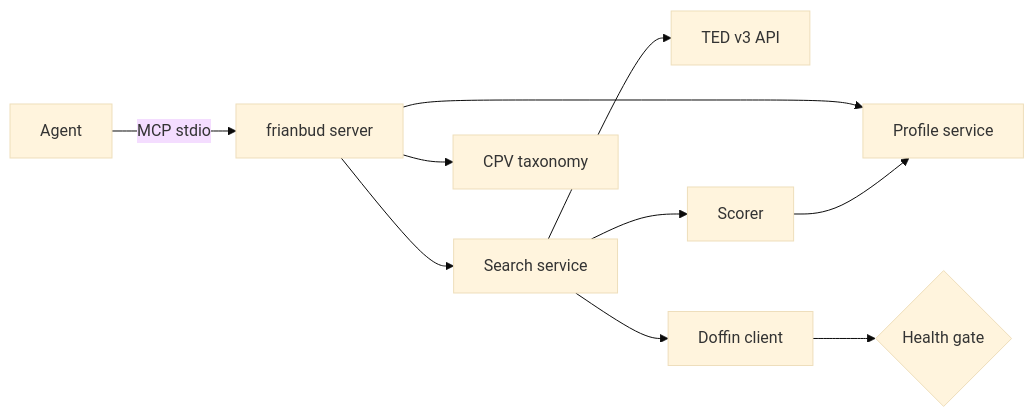
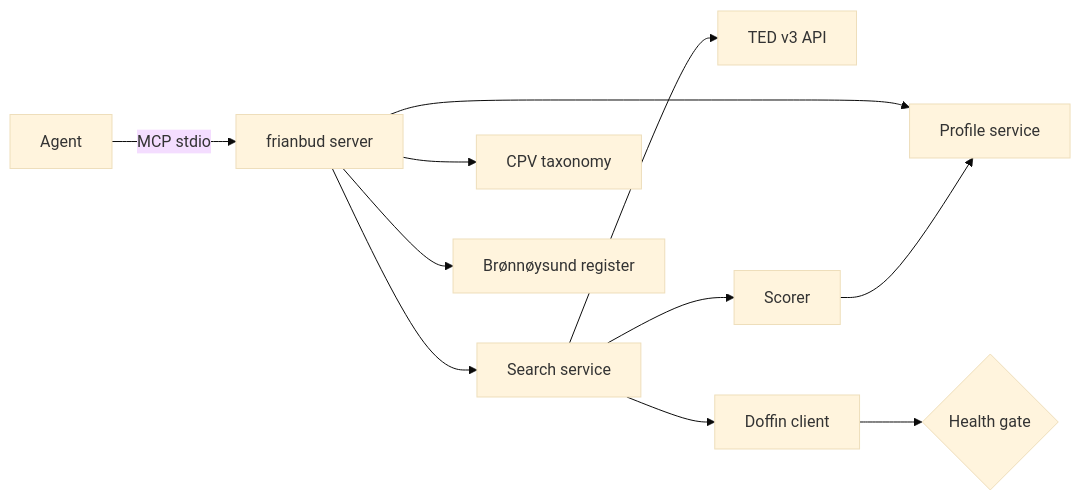
Before and after one commit to Heku-I/frianbud: the diagram in README.md, drawn with Mermaid (base theme). The commit also changed other lines of this file, not shown here.

````diff
--- a/README.md
+++ b/README.md
@@ -77,12 +94,13 @@
 ```mermaid
 flowchart LR
     A[Agent] -->|MCP stdio| F[frianbud server]
     F --> P[Profile service]
     F --> S[Search service]
     S --> T[TED v3 API]
     S --> D[Doffin client]
     D --> H{Health gate}
     S --> R[Scorer]
     R --> P
     F --> C[CPV taxonomy]
+    F --> B[Brønnøysund register]
 ```
````
